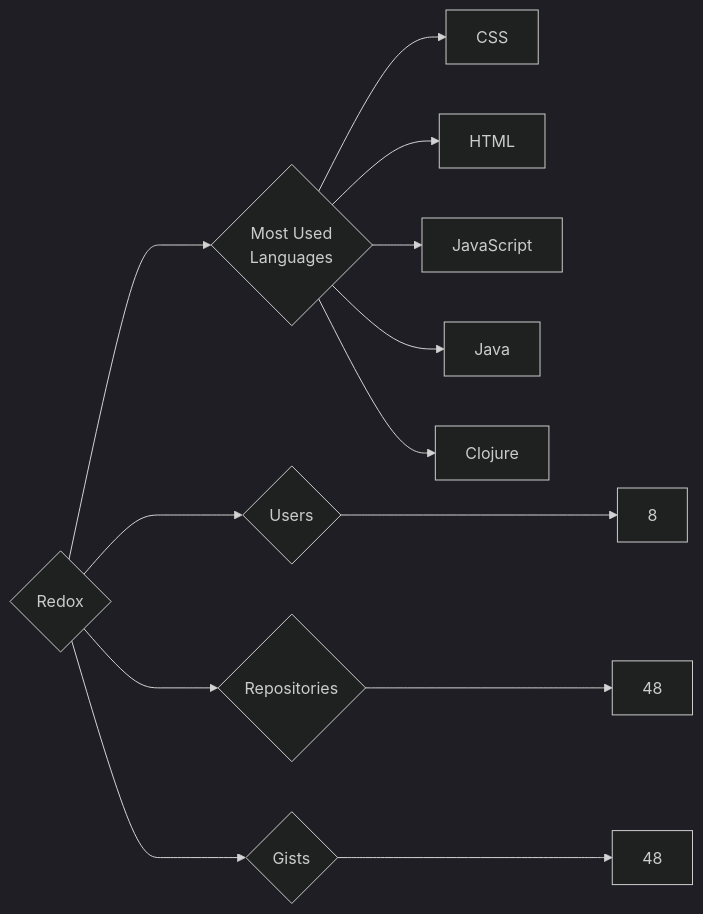
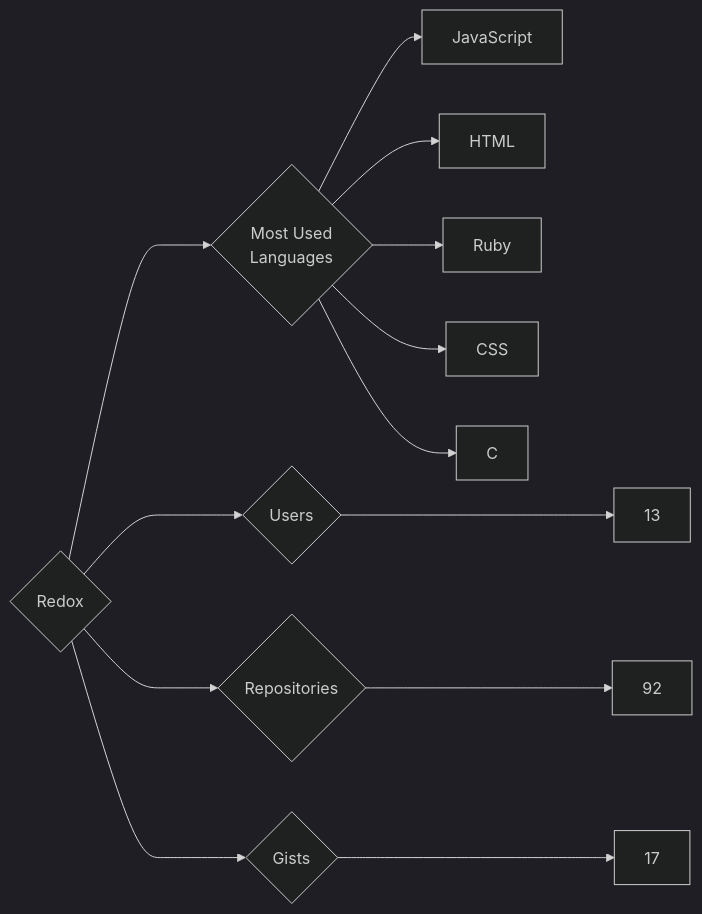
One commit to trickest/insiders changed the diagram in targets/Redox/README.md. Above: the diagram before and after it, drawn with Mermaid (dark theme). The commit also changed 928 other files, not shown here.

````diff
--- a/targets/Redox/README.md
+++ b/targets/Redox/README.md
@@ -3,13 +3,13 @@
 ```mermaid
 graph LR
 COMPANY_NAME{Redox}
-COMPANY_NAME ---> U{Users} ---> UN[8]
-COMPANY_NAME ---> R{Repositories} ---> RN[48]
-COMPANY_NAME ---> G{Gists} ---> GN[48]
+COMPANY_NAME ---> U{Users} ---> UN[13]
+COMPANY_NAME ---> R{Repositories} ---> RN[92]
+COMPANY_NAME ---> G{Gists} ---> GN[17]
 COMPANY_NAME ---> ML{Most Used<br>Languages}
+ML --> JavaScript[JavaScript]
+ML --> HTML[HTML]
+ML --> Ruby[Ruby]
 ML --> CSS[CSS]
-ML --> HTML[HTML]
-ML --> JavaScript[JavaScript]
-ML --> Java[Java]
-ML --> Clojure[Clojure]
+ML --> C[C]
 ```
````
